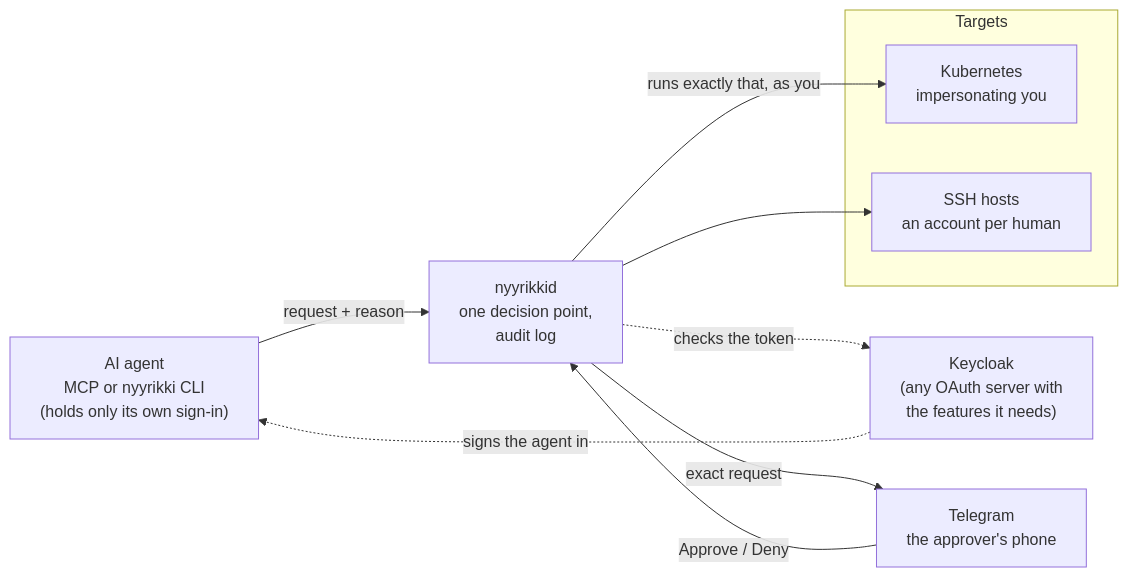
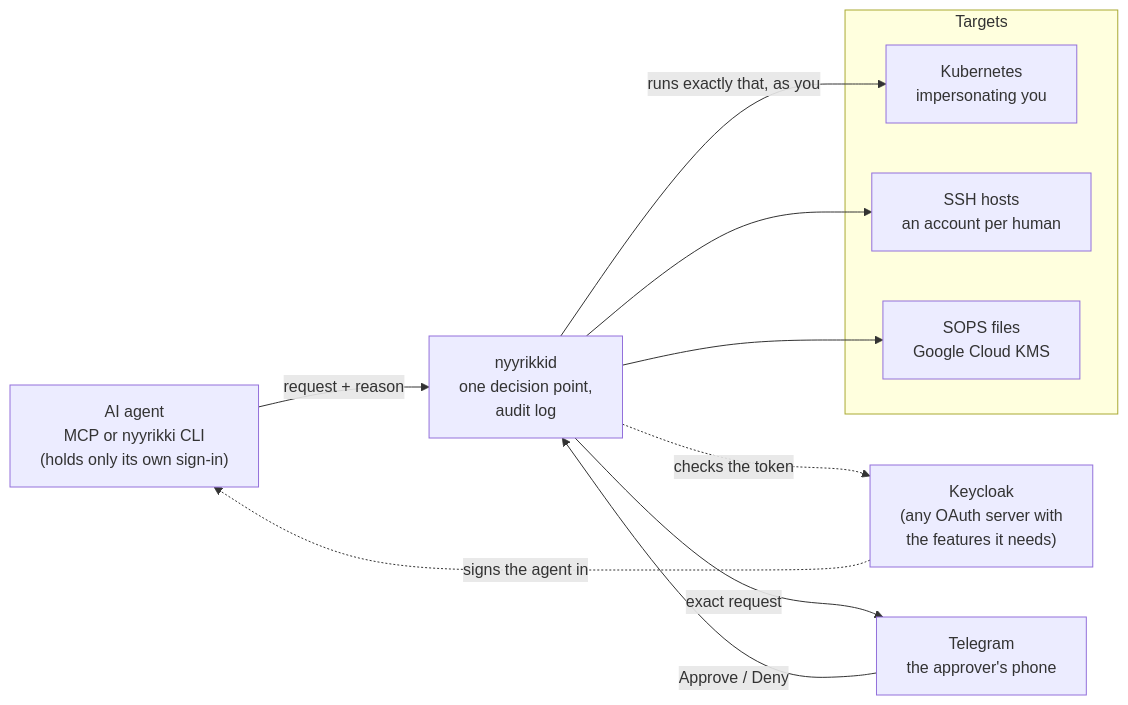
Before and after one commit to Tuhis/Nyyrikki: the diagram in README.md, drawn with Mermaid. The commit also changed other lines of this file and 59 other files, not shown here.

First line of the commit message:
feat: SOPS files encrypted with Google Cloud KMS as a third target type (R14, docs/10 SO1–SO5) (#75)

````diff
--- a/README.md
+++ b/README.md
@@ -43,18 +43,20 @@
 ```mermaid
 flowchart LR
     A["AI agent<br/>MCP or nyyrikki CLI<br/>(holds only its own sign-in)"]
     N["nyyrikkid<br/>one decision point,<br/>audit log"]
     K["Keycloak<br/>(any OAuth server with<br/>the features it needs)"]
     T["Telegram<br/>the approver's phone"]
     subgraph Targets
         K8S["Kubernetes<br/>impersonating you"]
         SSH["SSH hosts<br/>an account per human"]
+        SOPS["SOPS files<br/>Google Cloud KMS"]
     end
     A -- "request + reason" --> N
     K -. "signs the agent in" .-> A
     N -. "checks the token" .-> K
     N -- "exact request" --> T
     T -- "Approve / Deny" --> N
     N -- "runs exactly that, as you" --> K8S
     N --> SSH
+    N --> SOPS
 ```
````
